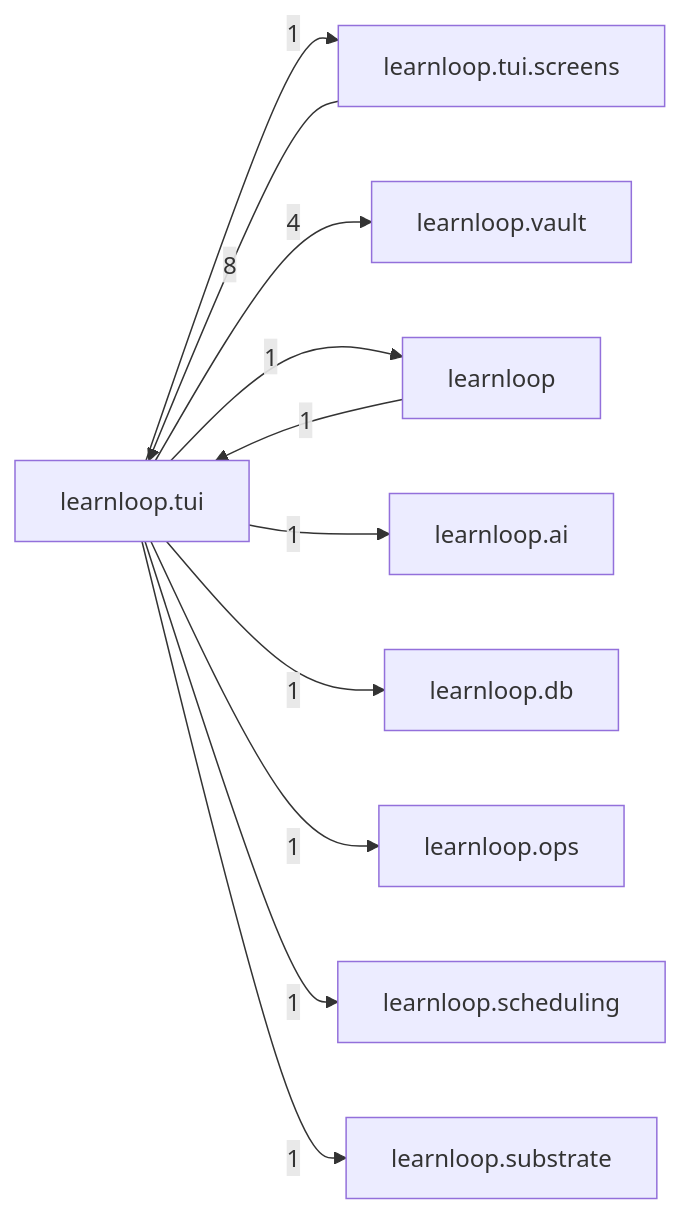
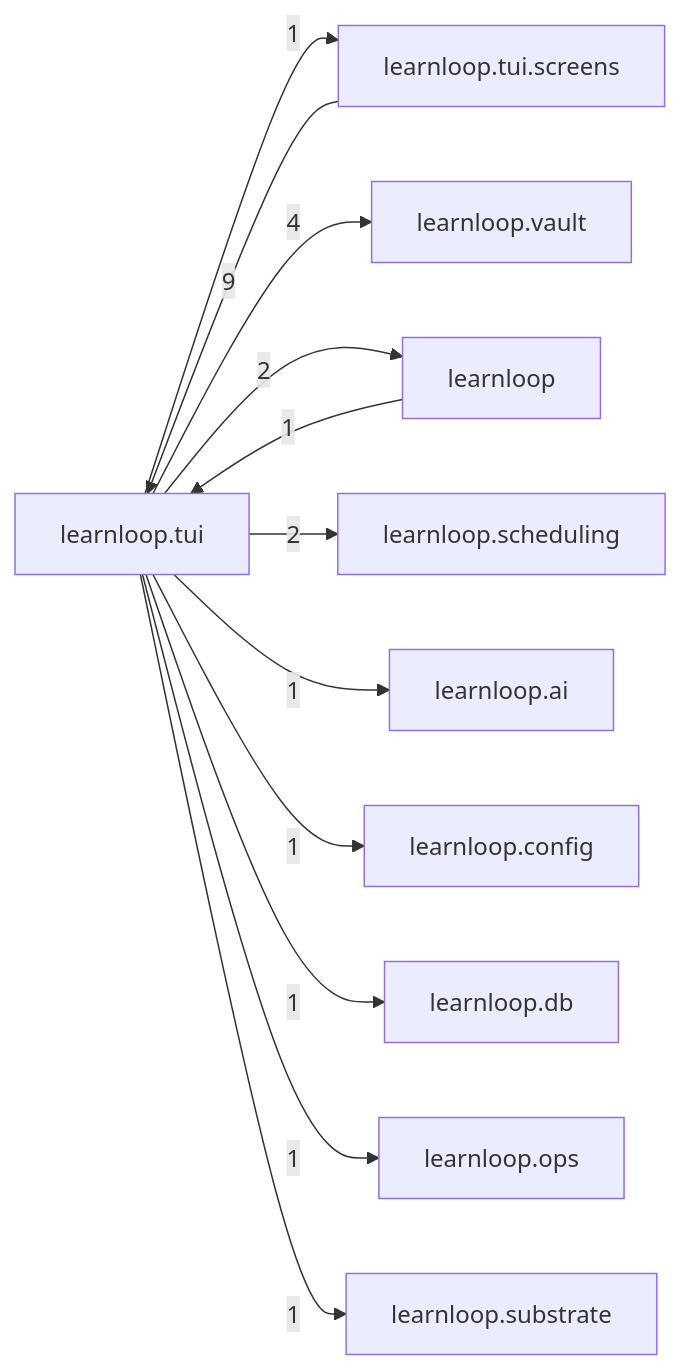
Before and after one commit to 6up-b/learnanything: the diagram in docs/learnloop-architecture-vault/Reference/Modules/learnloop/tui/_package.md, drawn with Mermaid. The commit also changed other lines of this file and 1202 other files, not shown here.

````diff
--- a/docs/learnloop-architecture-vault/Reference/Modules/learnloop/tui/_package.md
+++ b/docs/learnloop-architecture-vault/Reference/Modules/learnloop/tui/_package.md
@@ -83,22 +86,24 @@
 ```mermaid
 flowchart LR
     center["learnloop.tui"]
     n_learnloop_tui_screens["learnloop.tui.screens"]
     n_learnloop_vault["learnloop.vault"]
     n_learnloop["learnloop"]
+    n_learnloop_scheduling["learnloop.scheduling"]
     n_learnloop_ai["learnloop.ai"]
+    n_learnloop_config["learnloop.config"]
     n_learnloop_db["learnloop.db"]
     n_learnloop_ops["learnloop.ops"]
-    n_learnloop_scheduling["learnloop.scheduling"]
     n_learnloop_substrate["learnloop.substrate"]
-    n_learnloop_tui_screens -->|8| center
+    n_learnloop_tui_screens -->|9| center
     center -->|1| n_learnloop_tui_screens
     center -->|4| n_learnloop_vault
     n_learnloop -->|1| center
-    center -->|1| n_learnloop
+    center -->|2| n_learnloop
+    center -->|2| n_learnloop_scheduling
     center -->|1| n_learnloop_ai
+    center -->|1| n_learnloop_config
     center -->|1| n_learnloop_db
     center -->|1| n_learnloop_ops
-    center -->|1| n_learnloop_scheduling
     center -->|1| n_learnloop_substrate
 ```
````
